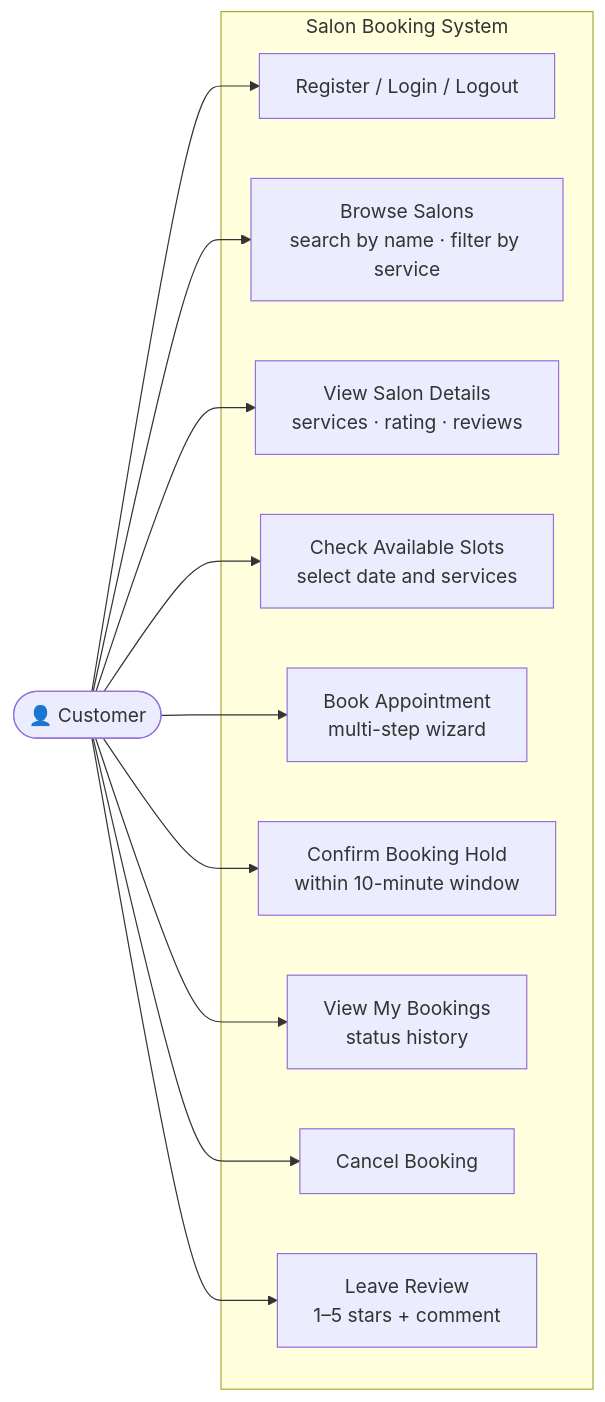
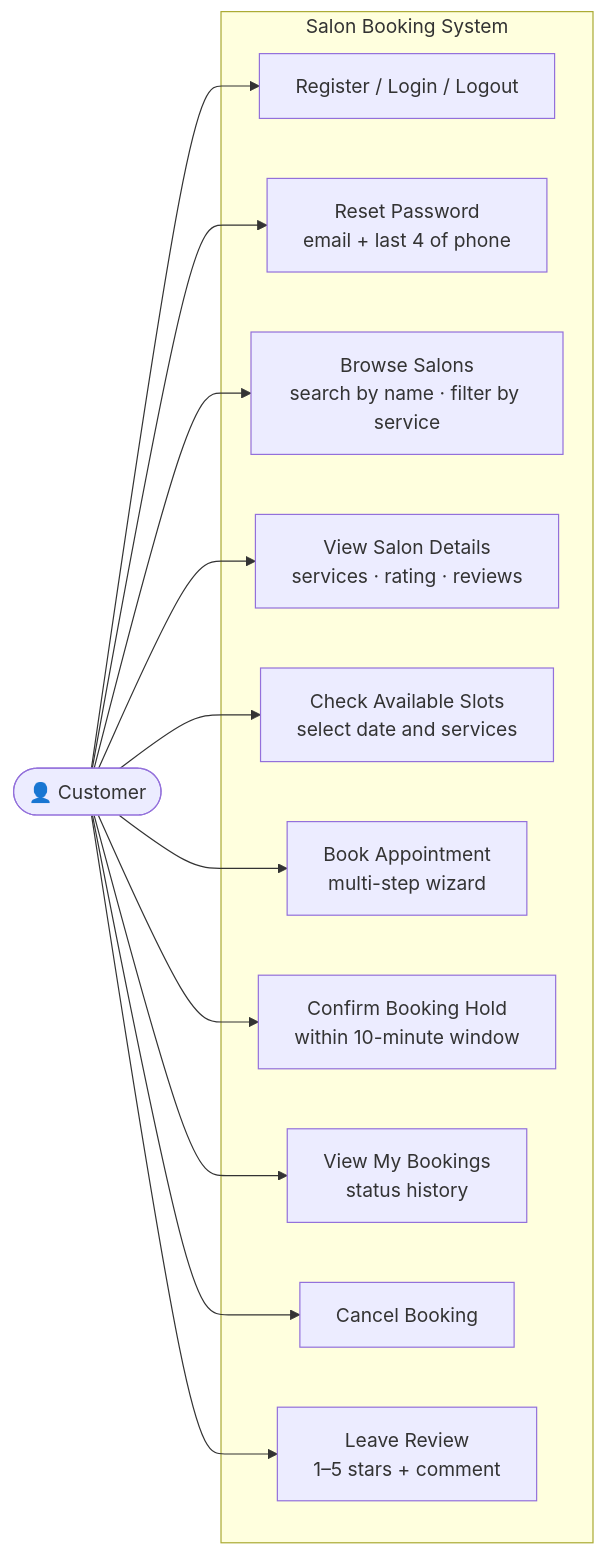
Before and after one commit to sp075/salon-booking-system: the seventh of 21 diagrams in docs/PROJECT-REPORT.md, drawn with Mermaid. The commit also changed other lines of this file and 10 other files, not shown here.

First line of the commit message:
feat: add password reset functionality (#4)

````diff
--- a/docs/PROJECT-REPORT.md
+++ b/docs/PROJECT-REPORT.md
@@ -578,26 +580,28 @@
 ```mermaid
 flowchart LR
     Customer(["👤 Customer"])
 
     subgraph System["Salon Booking System"]
         UC_AUTH["Register / Login / Logout"]
+        UC_RESET["Reset Password\nemail + last 4 of phone"]
         UC_BROWSE["Browse Salons\nsearch by name · filter by service"]
         UC_DETAIL["View Salon Details\nservices · rating · reviews"]
         UC_SLOTS["Check Available Slots\nselect date and services"]
         UC_BOOK["Book Appointment\nmulti-step wizard"]
         UC_CONFIRM["Confirm Booking Hold\nwithin 10-minute window"]
         UC_MY_BK["View My Bookings\nstatus history"]
         UC_CANCEL["Cancel Booking"]
         UC_REVIEW["Leave Review\n1–5 stars + comment"]
     end
 
     Customer --> UC_AUTH
+    Customer --> UC_RESET
     Customer --> UC_BROWSE
     Customer --> UC_DETAIL
     Customer --> UC_SLOTS
     Customer --> UC_BOOK
     Customer --> UC_CONFIRM
     Customer --> UC_MY_BK
     Customer --> UC_CANCEL
     Customer --> UC_REVIEW
 ```
````
